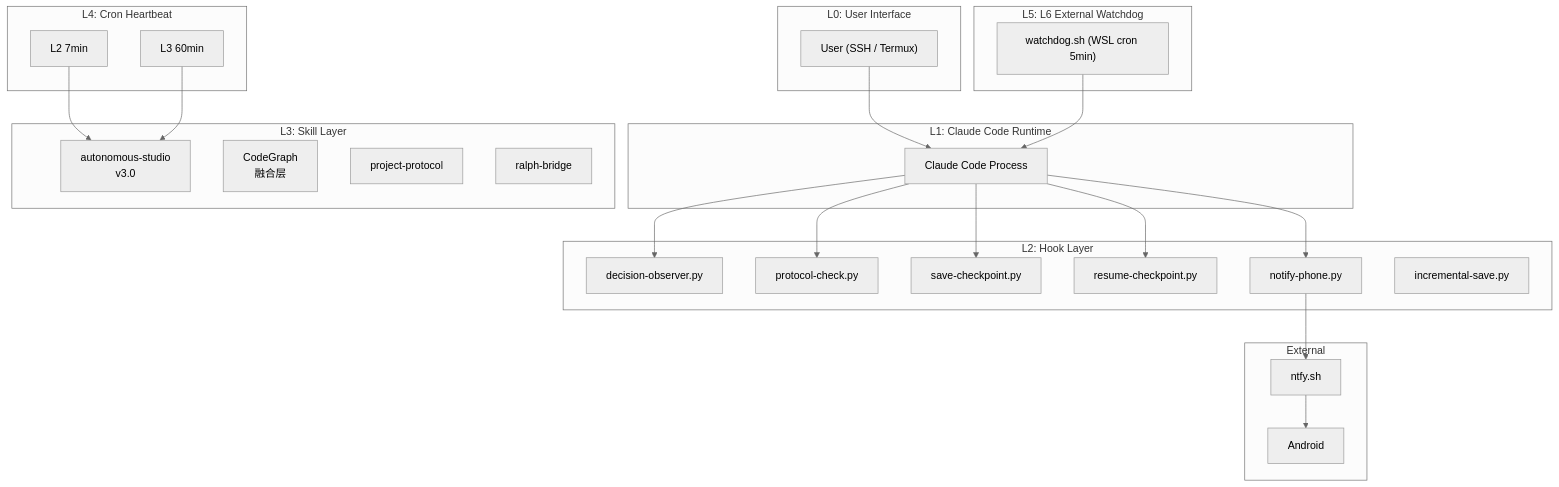
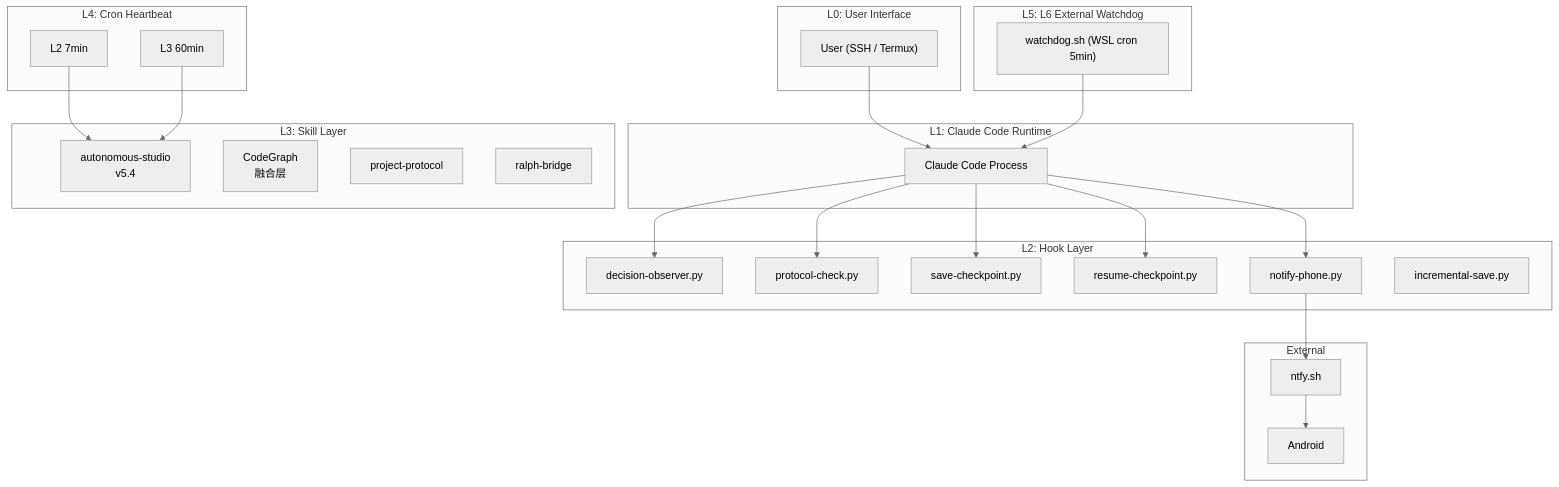
One commit to r-ayin/autonomous-studio changed the diagram in ARCHITECTURE.md. Above: the diagram before and after it, drawn with Mermaid (neutral theme). The commit also changed other lines of this file and 5 other files, not shown here.

````diff
--- a/ARCHITECTURE.md
+++ b/ARCHITECTURE.md
@@ -8,45 +8,45 @@
 ```mermaid
 graph TB
     subgraph L0["L0: User Interface"]
         USER["User (SSH / Termux)"]
     end
     subgraph L1["L1: Claude Code Runtime"]
         CC["Claude Code Process"]
     end
     subgraph L2["L2: Hook Layer"]
         DO["decision-observer.py"]
         PC["protocol-check.py"]
         SC["save-checkpoint.py"]
         RC["resume-checkpoint.py"]
         NP["notify-phone.py"]
         IS["incremental-save.py"]
     end
     subgraph L3["L3: Skill Layer"]
-        AE["autonomous-studio<br/>v3.0"]
+        AE["autonomous-studio<br/>v5.4"]
         CG["CodeGraph<br/>融合层"]
         PP["project-protocol"]
         RB["ralph-bridge"]
     end
     subgraph L4["L4: Cron Heartbeat"]
         L2HB["L2 7min"]
         L3DC["L3 60min"]
     end
     subgraph L5["L5: L6 External Watchdog"]
         WD["watchdog.sh (WSL cron 5min)"]
     end
     subgraph EXT["External"]
         NTFY["ntfy.sh"]
         ANDROID["Android"]
     end
     USER --> CC
     CC --> DO
     CC --> PC
     CC --> SC
     CC --> RC
     CC --> NP
     L2HB --> AE
     L3DC --> AE
     NP --> NTFY
     NTFY --> ANDROID
     WD --> CC
 ```
````
